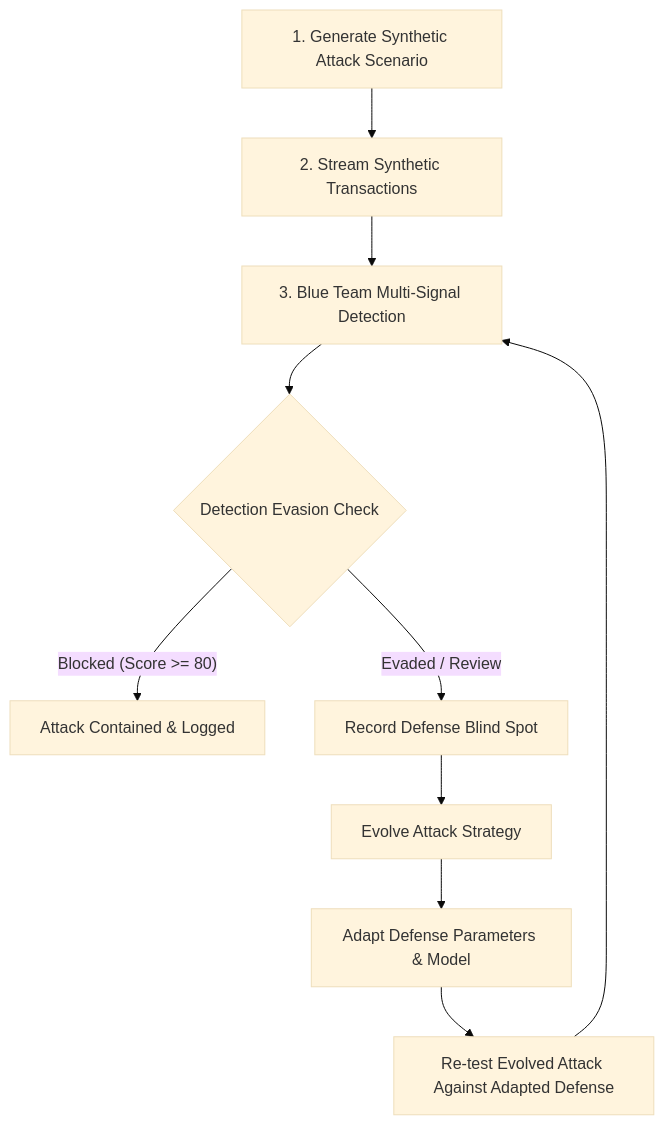
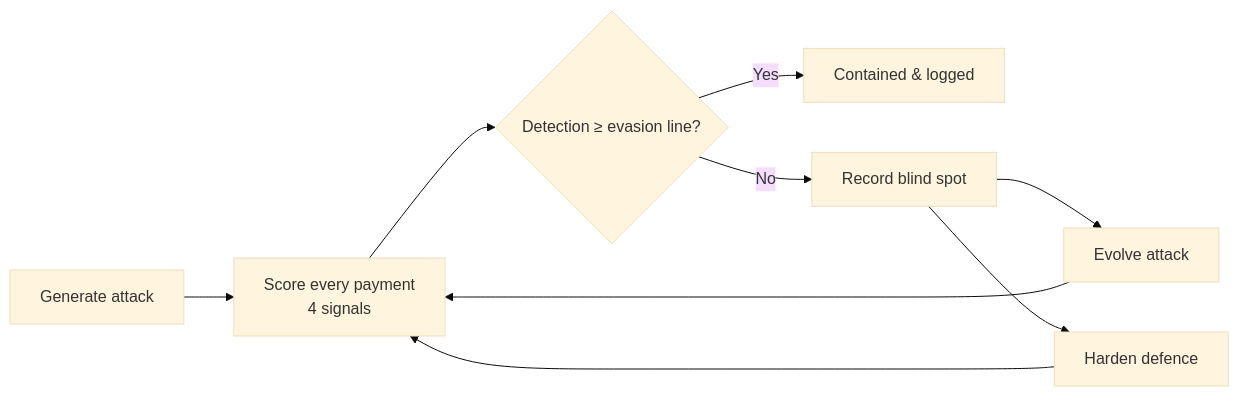
One commit to 6289subhasree/evopay changed the first of 2 diagrams in README.md. Above: the diagram before and after it, drawn with Mermaid (base theme). The commit also changed other lines of this file and 13 other files, not shown here.

````diff
--- a/README.md
+++ b/README.md
@@ -31,12 +35,11 @@
 ```mermaid
-flowchart TD
-    A["1. Generate Synthetic Attack Scenario"] --> B["2. Stream Synthetic Transactions"]
-    B --> C["3. Blue Team Multi-Signal Detection"]
-    C --> D{"Detection Evasion Check"}
-    D -->|"Blocked (Score >= 80)"| E["Attack Contained & Logged"]
-    D -->|"Evaded / Review"| F["Record Defense Blind Spot"]
-    F --> G["Evolve Attack Strategy"]
-    G --> H["Adapt Defense Parameters & Model"]
-    H --> I["Re-test Evolved Attack Against Adapted Defense"]
-    I --> C
+flowchart LR
+    A[Generate attack] --> B[Score every payment<br/>4 signals]
+    B --> C{Detection ≥ evasion line?}
+    C -->|Yes| D[Contained & logged]
+    C -->|No| E[Record blind spot]
+    E --> F[Evolve attack]
+    E --> G[Harden defence]
+    F --> B
+    G --> B
 ```
````
